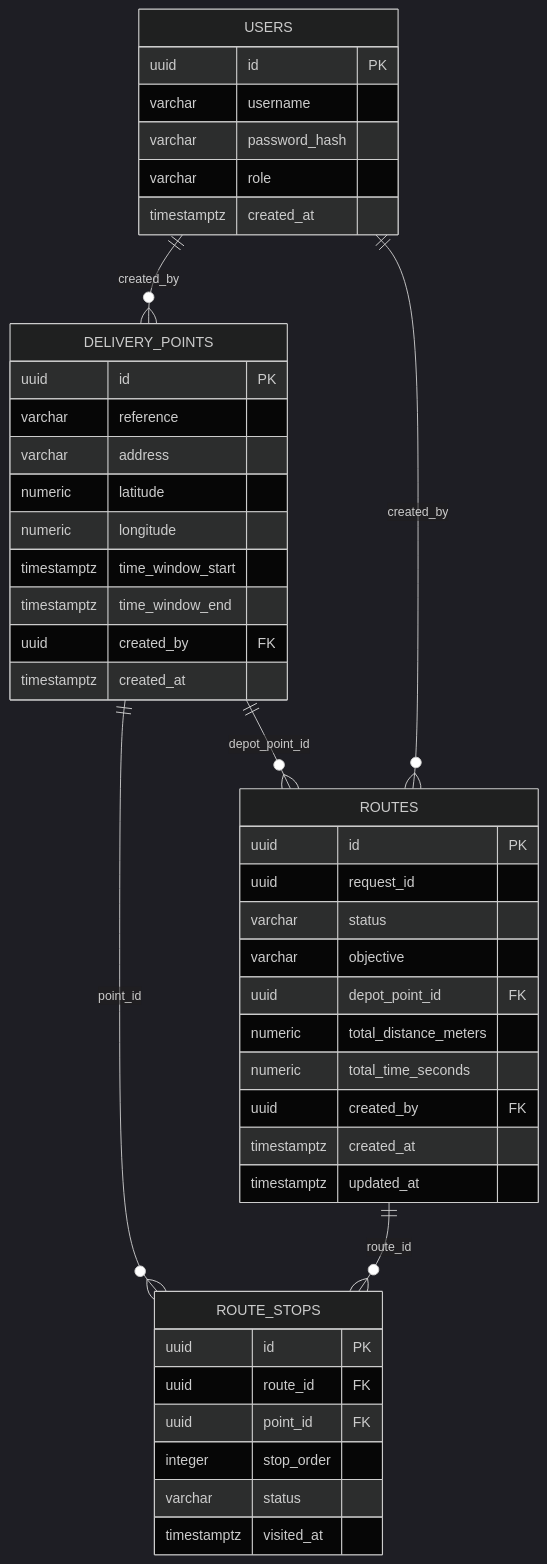
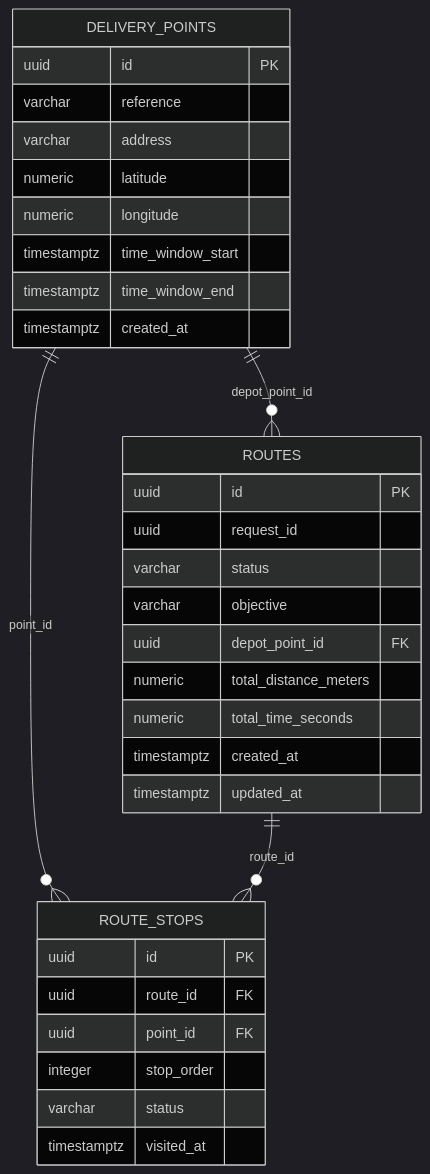
One commit to VectorGarMan/routes-api changed the diagram in docs/db-001-esquema-base-datos.md. Above: the diagram before and after it, drawn with Mermaid (dark theme). The commit also changed other lines of this file and 3 other files, not shown here.

````diff
--- a/docs/db-001-esquema-base-datos.md
+++ b/docs/db-001-esquema-base-datos.md
@@ -9,50 +9,38 @@
 ```mermaid
 erDiagram
-    USERS ||--o{ DELIVERY_POINTS : "created_by"
-    USERS ||--o{ ROUTES : "created_by"
     DELIVERY_POINTS ||--o{ ROUTE_STOPS : "point_id"
     DELIVERY_POINTS ||--o{ ROUTES : "depot_point_id"
     ROUTES ||--o{ ROUTE_STOPS : "route_id"
-
-    USERS {
-        uuid id PK
-        varchar username
-        varchar password_hash
-        varchar role
-        timestamptz created_at
-    }
 
     DELIVERY_POINTS {
         uuid id PK
         varchar reference
         varchar address
         numeric latitude
         numeric longitude
         timestamptz time_window_start
         timestamptz time_window_end
-        uuid created_by FK
         timestamptz created_at
     }
 
     ROUTES {
         uuid id PK
         uuid request_id
         varchar status
         varchar objective
         uuid depot_point_id FK
         numeric total_distance_meters
         numeric total_time_seconds
-        uuid created_by FK
         timestamptz created_at
         timestamptz updated_at
     }
 
     ROUTE_STOPS {
         uuid id PK
         uuid route_id FK
         uuid point_id FK
         integer stop_order
         varchar status
         timestamptz visited_at
     }
 ```
````
